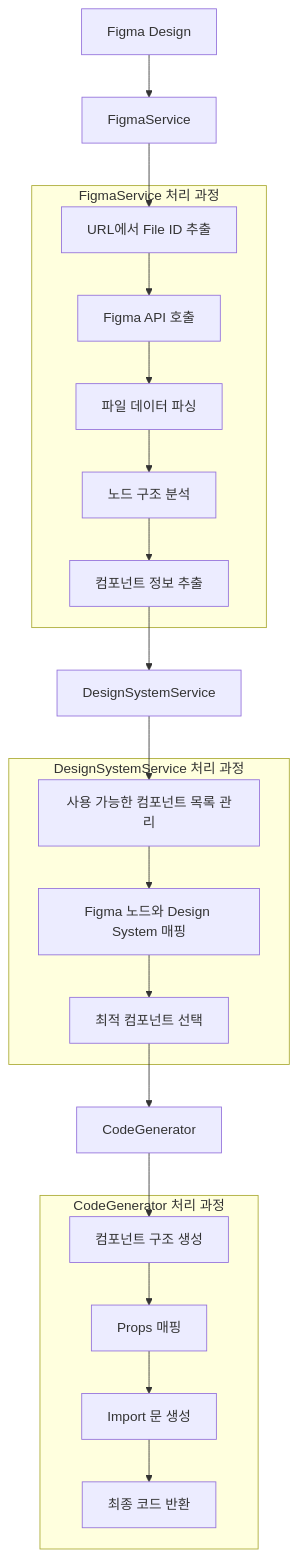
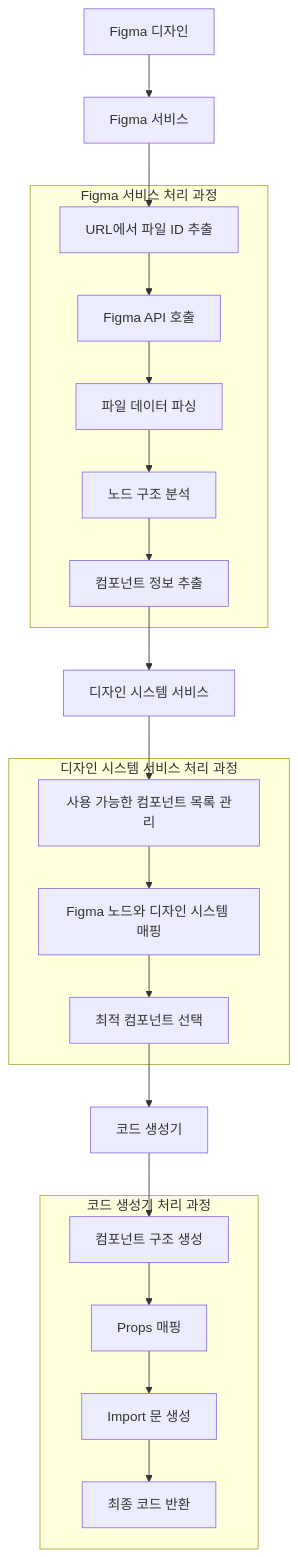
One commit to Opti-kjh/palette changed the third of 8 diagrams in project-flow-diagram.md. Above: the diagram before and after it, drawn with Mermaid. The commit also changed other lines of this file and 2 other files, not shown here.

Commit message:
project-flow-diagram 주석 설치

````diff
--- a/project-flow-diagram.md
+++ b/project-flow-diagram.md
@@ -70,44 +70,44 @@
 ```mermaid
 graph TD
-    A[Figma Design] --> B[FigmaService]
+    A[Figma 디자인] --> B[Figma 서비스]
     
-    subgraph "FigmaService 처리 과정"
-        B1[URL에서 File ID 추출]
+    subgraph "Figma 서비스 처리 과정"
+        B1[URL에서 파일 ID 추출]
         B2[Figma API 호출]
         B3[파일 데이터 파싱]
         B4[노드 구조 분석]
         B5[컴포넌트 정보 추출]
     end
     
     B --> B1
     B1 --> B2
     B2 --> B3
     B3 --> B4
     B4 --> B5
     
-    B5 --> C[DesignSystemService]
+    B5 --> C[디자인 시스템 서비스]
     
-    subgraph "DesignSystemService 처리 과정"
+    subgraph "디자인 시스템 서비스 처리 과정"
         C1[사용 가능한 컴포넌트 목록 관리]
-        C2[Figma 노드와 Design System 매핑]
+        C2[Figma 노드와 디자인 시스템 매핑]
         C3[최적 컴포넌트 선택]
     end
     
     C --> C1
     C1 --> C2
     C2 --> C3
     
-    C3 --> D[CodeGenerator]
+    C3 --> D[코드 생성기]
     
-    subgraph "CodeGenerator 처리 과정"
+    subgraph "코드 생성기 처리 과정"
         D1[컴포넌트 구조 생성]
         D2[Props 매핑]
         D3[Import 문 생성]
         D4[최종 코드 반환]
     end
     
     D --> D1
     D1 --> D2
     D2 --> D3
     D3 --> D4
 ```
````
